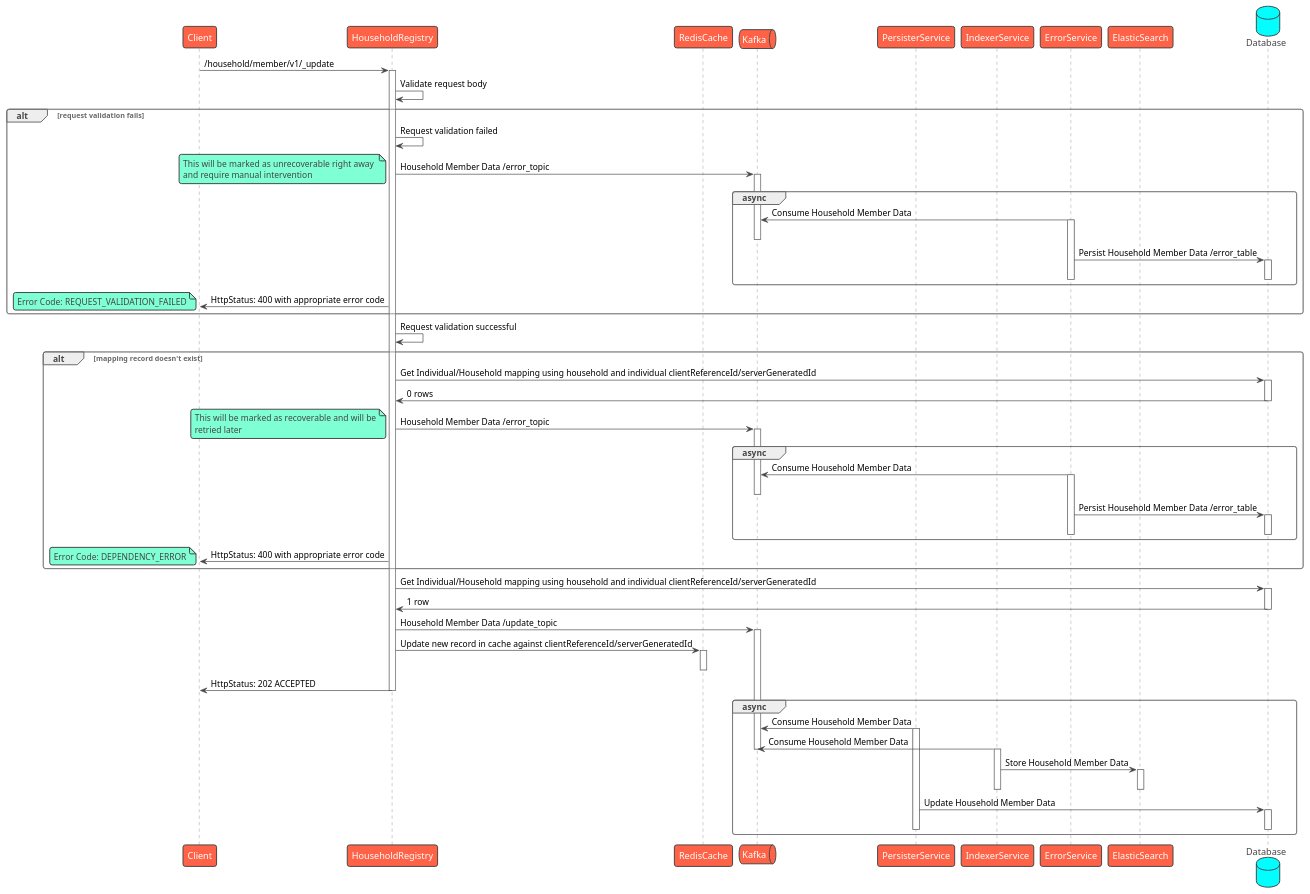
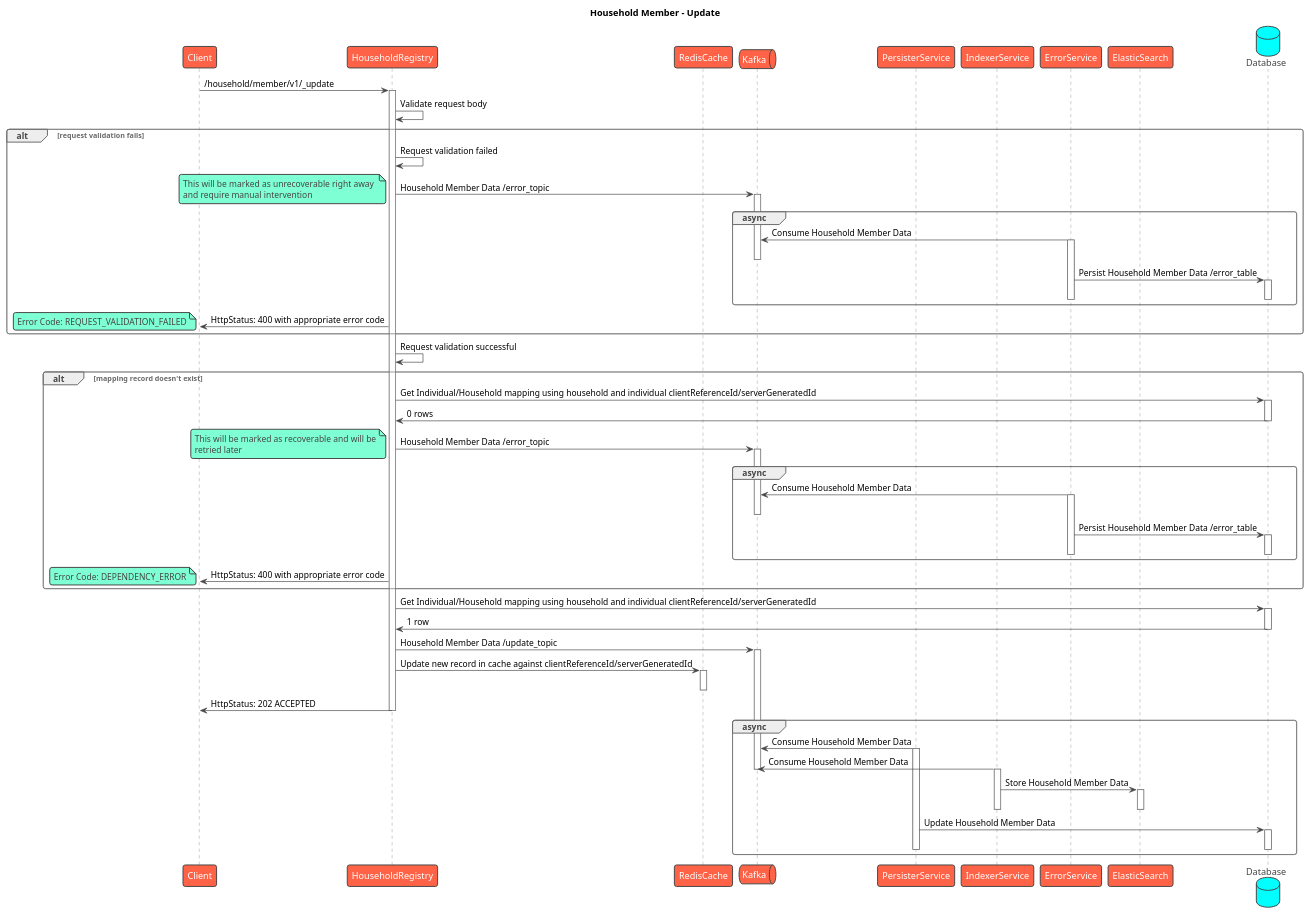
Before and after one commit to egovernments/health-api-specs: the diagram in contracts/registries/household/member/sequence/update.puml, drawn with PlantUML. The commit also changed 7 other files, not shown here.

Commit message:
Add titles to sequence diagrams

```diff
--- a/contracts/registries/household/member/sequence/update.puml
+++ b/contracts/registries/household/member/sequence/update.puml
@@ -1,89 +1,90 @@
-@startuml Household Registry - Update
+@startuml
+title Household Member - Update
 !theme vibrant
 participant Client as c
 participant HouseholdRegistry as s
 participant RedisCache as rc
 queue Kafka as k
 participant PersisterService as prs
 participant IndexerService as idx
 participant ErrorService as es
 participant ElasticSearch as el
 database Database as db
 c -> s : /household/member/v1/_update
 activate s
 s -> s: Validate request body
 alt request validation fails
     s -> s: Request validation failed
     s -> k: Household Member Data /error_topic
     note left
         This will be marked as unrecoverable right away 
         and require manual intervention
     end note
     activate k
     group async
         es -> k: Consume Household Member Data
         activate es
         deactivate k
         es -> db: Persist Household Member Data /error_table
         activate db
         deactivate db
         deactivate es
     end
     s -> c: HttpStatus: 400 with appropriate error code
     note left
         Error Code: REQUEST_VALIDATION_FAILED
     end note
 end
 s -> s: Request validation successful
 alt mapping record doesn't exist
   s -> db: Get Individual/Household mapping using household and individual clientReferenceId/serverGeneratedId
   activate db
   db -> s: 0 rows
   deactivate db
   s -> k: Household Member Data /error_topic
   note left
       This will be marked as recoverable and will be
       retried later
   end note
   activate k
   group async
       es -> k: Consume Household Member Data
       activate es
       deactivate k
       es -> db: Persist Household Member Data /error_table
       activate db
       deactivate db
       deactivate es
   end
   s -> c: HttpStatus: 400 with appropriate error code
   note left
       Error Code: DEPENDENCY_ERROR
   end note
 end
 s -> db: Get Individual/Household mapping using household and individual clientReferenceId/serverGeneratedId
 activate db
 db -> s: 1 row
 deactivate db
 s -> k: Household Member Data /update_topic
 activate k
 s -> rc: Update new record in cache against clientReferenceId/serverGeneratedId
 activate rc
 deactivate rc
 s -> c: HttpStatus: 202 ACCEPTED
 deactivate s
 group async
     prs -> k: Consume Household Member Data
     activate prs
     idx -> k: Consume Household Member Data
     deactivate k
     activate idx
     idx -> el: Store Household Member Data
     activate el
     deactivate el
     deactivate idx
     prs -> db: Update Household Member Data
     activate db
     deactivate db
     deactivate prs
 end
 @enduml
```
